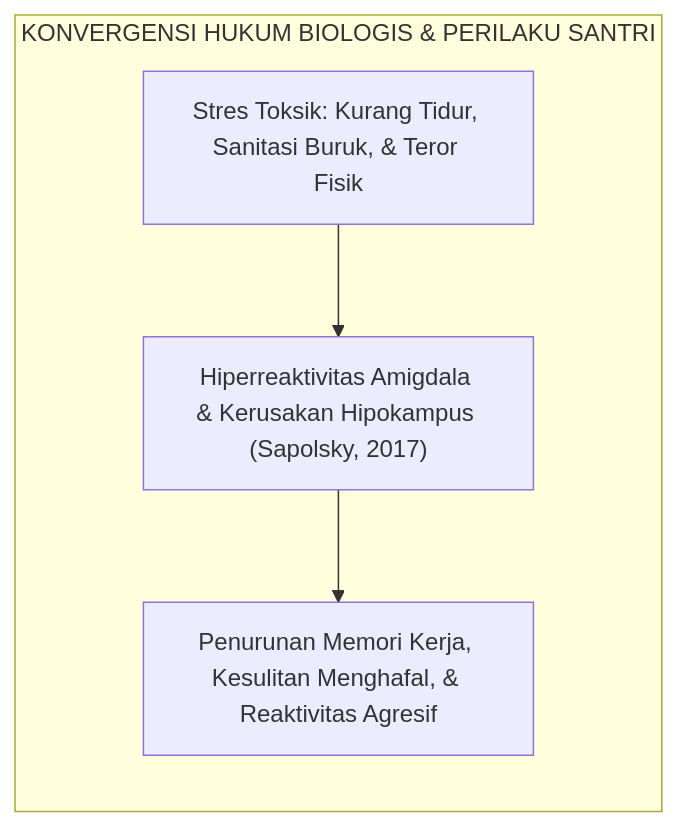
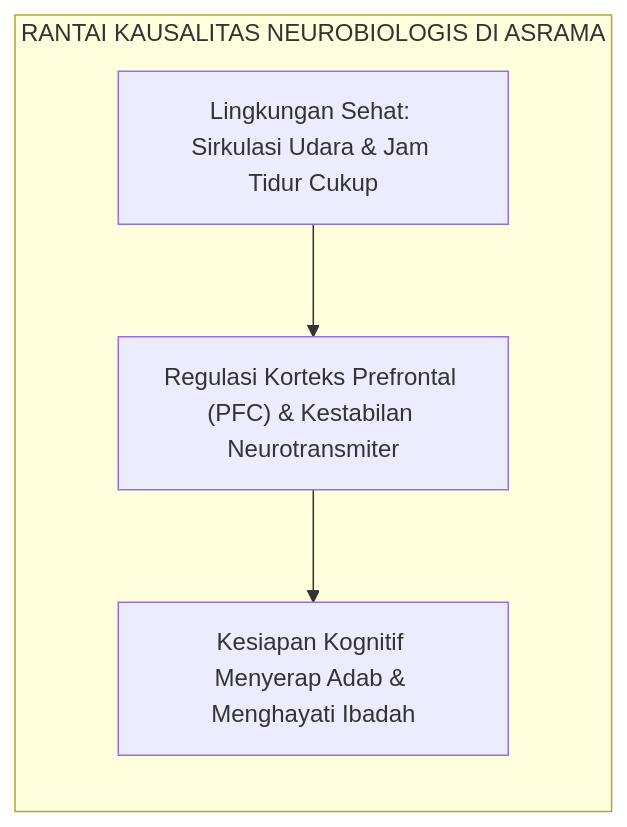
The second of 7 diagrams in 01 Philosophy/01 Worldview/01 Hakikat Realitas/P1-01-01-01-Definisi-Realitas.md (wandiapriliyandi/tumbuh), drawn with Mermaid before and after one commit. The commit also changed other lines of this file and 8 other files, not shown here.

````diff
--- a/01 Philosophy/01 Worldview/01 Hakikat Realitas/P1-01-01-01-Definisi-Realitas.md
+++ b/01 Philosophy/01 Worldview/01 Hakikat Realitas/P1-01-01-01-Definisi-Realitas.md
@@ -89,12 +89,12 @@
 ```mermaid
 flowchart LR
-    subgraph KonvergensiBiologisPerilaku["KONVERGENSI HUKUM BIOLOGIS & PERILAKU SANTRI"]
-        LingkunganKumuh["Stres Toksik: Kurang Tidur, Sanitasi Buruk, & Teror Fisik"]
+    subgraph KausalitasNeurobiologis["RANTAI KAUSALITAS NEUROBIOLOGIS DI ASRAMA"]
+        LingkunganSehat["Lingkungan Sehat: Sirkulasi Udara & Jam Tidur Cukup"]
         
-        AktivasiAmigdala["Hiperreaktivitas Amigdala & Kerusakan Hipokampus (Sapolsky, 2017)"]
+        OptimasiOtak["Regulasi Korteks Prefrontal (PFC) & Kestabilan Neurotransmiter"]
         
-        PenurunanKognitif["Penurunan Memori Kerja, Kesulitan Menghafal, & Reaktivitas Agresif"]
+        KesiapanKalbu["Kesiapan Kognitif Menyerap Adab & Menghayati Ibadah"]
         
-        LingkunganKumuh --> AktivasiAmigdala --> PenurunanKognitif
+        LingkunganSehat --> OptimasiOtak --> KesiapanKalbu
     end
 ```
````
